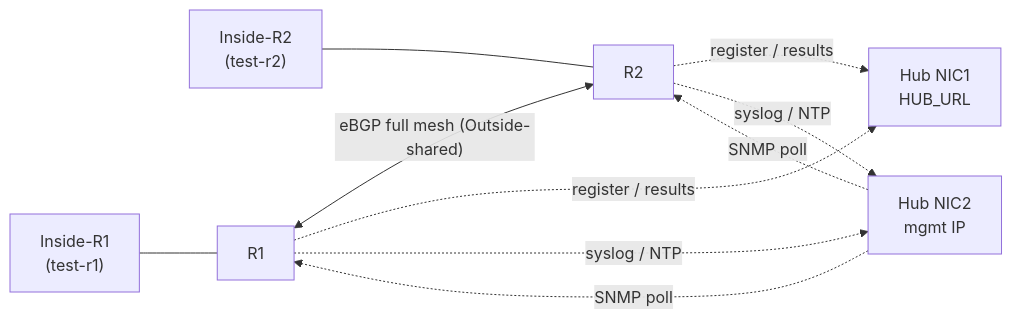
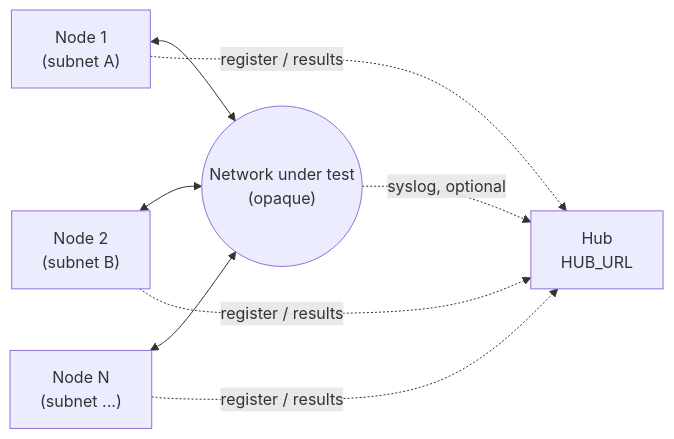
One commit to orneh24/lab-tester changed the diagram in docs/TOPOLOGY.md. Above: the diagram before and after it, drawn with Mermaid. The commit also changed other lines of this file and 62 other files, not shown here.

First line of the commit message:
Re-scope project to Hub + Node only

````diff
--- a/docs/TOPOLOGY.md
+++ b/docs/TOPOLOGY.md
@@ -8,24 +9,20 @@
 ```mermaid
 flowchart LR
-    IR1["Inside-R1<br/>(test-r1)"]
-    IR2["Inside-R2<br/>(test-r2)"]
+    N1["Node 1<br/>(subnet A)"]
+    N2["Node 2<br/>(subnet B)"]
+    N3["Node N<br/>(subnet ...)"]
 
-    R1["R1"]
-    R2["R2"]
+    Net(("Network under test<br/>(opaque)"))
 
-    HubNIC1["Hub NIC1<br/>HUB_URL"]
-    HubNIC2["Hub NIC2<br/>mgmt IP"]
+    Hub["Hub<br/>HUB_URL"]
 
-    IR1 --- R1
-    IR2 --- R2
+    N1 <--> Net
+    N2 <--> Net
+    N3 <--> Net
 
-    R1 <-->|"eBGP full mesh (Outside-shared)"| R2
+    N1 -.->|register / results| Hub
+    N2 -.->|register / results| Hub
+    N3 -.->|register / results| Hub
 
-    R1 -.->|register / results| HubNIC1
-    R2 -.->|register / results| HubNIC1
-
-    R1 -.->|syslog / NTP| HubNIC2
-    R2 -.->|syslog / NTP| HubNIC2
-    HubNIC2 -.->|SNMP poll| R1
-    HubNIC2 -.->|SNMP poll| R2
+    Net -.->|syslog, optional| Hub
 ```
````
